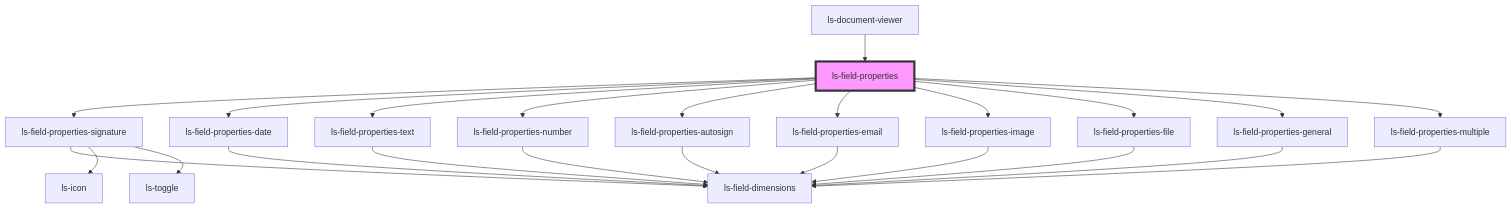
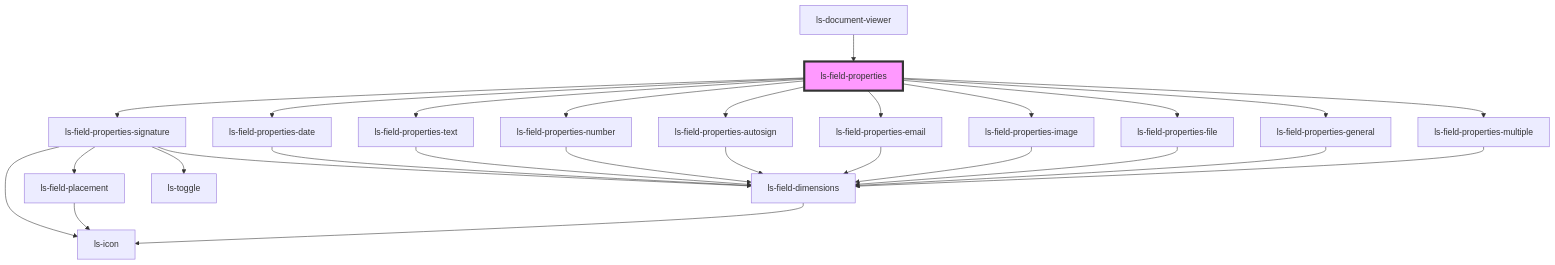
One commit to legalesign/ls-document-viewer changed the diagram in src/components/ls-field-properties/readme.md. Above: the diagram before and after it, drawn with Mermaid. The commit also changed 15 other files, not shown here.

````diff
--- a/src/components/ls-field-properties/readme.md
+++ b/src/components/ls-field-properties/readme.md
@@ -35,27 +35,30 @@
 ```mermaid
 graph TD;
   ls-field-properties --> ls-field-properties-signature
   ls-field-properties --> ls-field-properties-date
   ls-field-properties --> ls-field-properties-text
   ls-field-properties --> ls-field-properties-number
   ls-field-properties --> ls-field-properties-autosign
   ls-field-properties --> ls-field-properties-email
   ls-field-properties --> ls-field-properties-image
   ls-field-properties --> ls-field-properties-file
   ls-field-properties --> ls-field-properties-general
   ls-field-properties --> ls-field-properties-multiple
+  ls-field-properties-signature --> ls-field-placement
   ls-field-properties-signature --> ls-field-dimensions
   ls-field-properties-signature --> ls-icon
   ls-field-properties-signature --> ls-toggle
+  ls-field-placement --> ls-icon
+  ls-field-dimensions --> ls-icon
   ls-field-properties-date --> ls-field-dimensions
   ls-field-properties-text --> ls-field-dimensions
   ls-field-properties-number --> ls-field-dimensions
   ls-field-properties-autosign --> ls-field-dimensions
   ls-field-properties-email --> ls-field-dimensions
   ls-field-properties-image --> ls-field-dimensions
   ls-field-properties-file --> ls-field-dimensions
   ls-field-properties-general --> ls-field-dimensions
   ls-field-properties-multiple --> ls-field-dimensions
   ls-document-viewer --> ls-field-properties
   style ls-field-properties fill:#f9f,stroke:#333,stroke-width:4px
 ```
````
